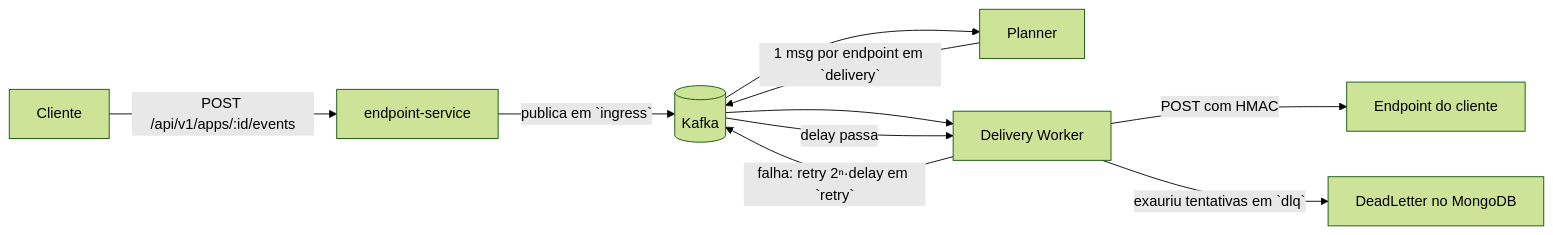
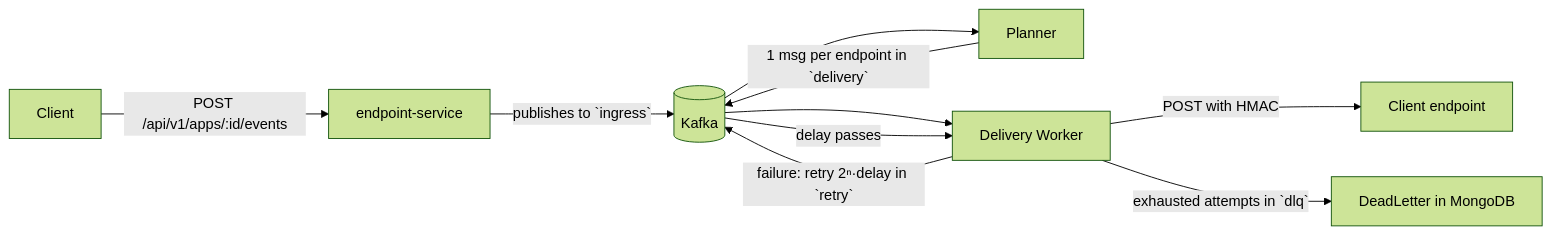
The diagram in README.md (Aquinozz/herald), drawn with Mermaid (forest theme) before and after one commit. The commit also changed other lines of this file, not shown here.

````diff
--- a/README.md
+++ b/README.md
@@ -11,12 +11,12 @@
 ```mermaid
 flowchart LR
-    A[Cliente] -->|POST /api/v1/apps/:id/events| B[endpoint-service]
-    B -->|publica em `ingress`| C[(Kafka)]
+    A[Client] -->|POST /api/v1/apps/:id/events| B[endpoint-service]
+    B -->|publishes to `ingress`| C[(Kafka)]
     C --> D[Planner]
-    D -->|1 msg por endpoint em `delivery`| C
+    D -->|1 msg per endpoint in `delivery`| C
     C --> E[Delivery Worker]
-    E -->|POST com HMAC| F[Endpoint do cliente]
-    E -->|falha: retry 2ⁿ·delay em `retry`| C
-    C -->|delay passa| E
-    E -->|exauriu tentativas em `dlq`| G[DeadLetter no MongoDB]
+    E -->|POST with HMAC| F[Client endpoint]
+    E -->|failure: retry 2ⁿ·delay in `retry`| C
+    C -->|delay passes| E
+    E -->|exhausted attempts in `dlq`| G[DeadLetter in MongoDB]
 ```
````
